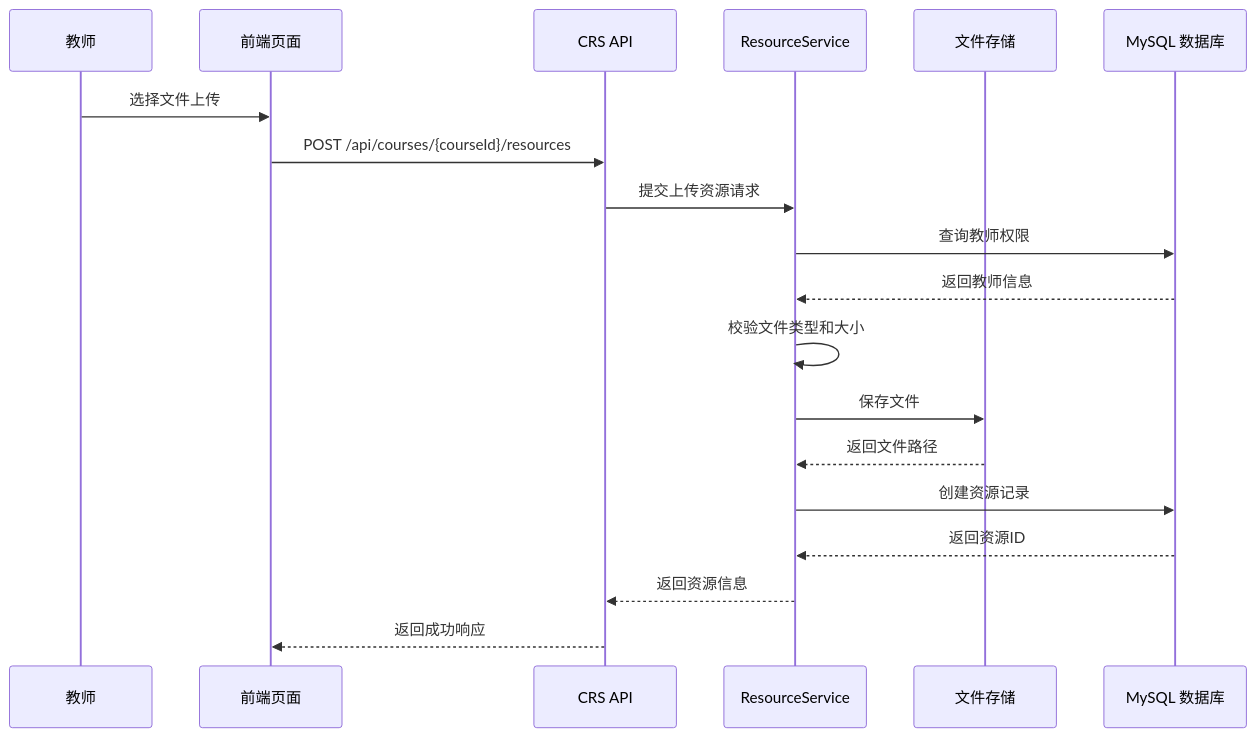
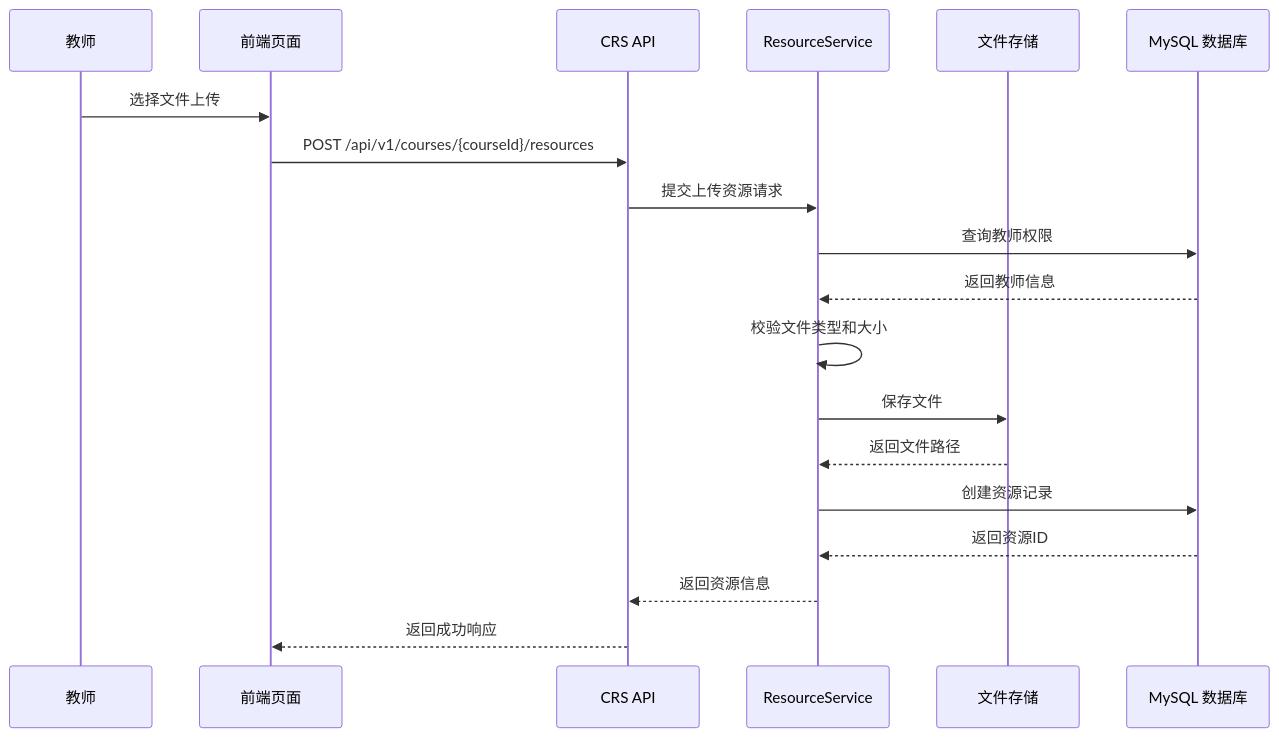
One commit to Cr4zyorange/OnlineJudge changed diagram 12 of 47 in docs/最终提交/软件详细设计说明书.md. Above: the diagram before and after it, drawn with Mermaid. The commit also changed other lines of this file, not shown here.

````diff
--- a/docs/最终提交/软件详细设计说明书.md
+++ b/docs/最终提交/软件详细设计说明书.md
@@ -1157,21 +1158,21 @@
 ```mermaid
 sequenceDiagram
   participant T as 教师
   participant P as 前端页面
   participant A as CRS API
   participant RS as ResourceService
   participant FS as 文件存储
   participant D as MySQL 数据库
   T->>P: 选择文件上传
-  P->>A: POST /api/courses/{courseId}/resources
+  P->>A: POST /api/v1/courses/{courseId}/resources
   A->>RS: 提交上传资源请求
   RS->>D: 查询教师权限
   D-->>RS: 返回教师信息
   RS->>RS: 校验文件类型和大小
   RS->>FS: 保存文件
   FS-->>RS: 返回文件路径
   RS->>D: 创建资源记录
   D-->>RS: 返回资源ID
   RS-->>A: 返回资源信息
   A-->>P: 返回成功响应
 ```
````
